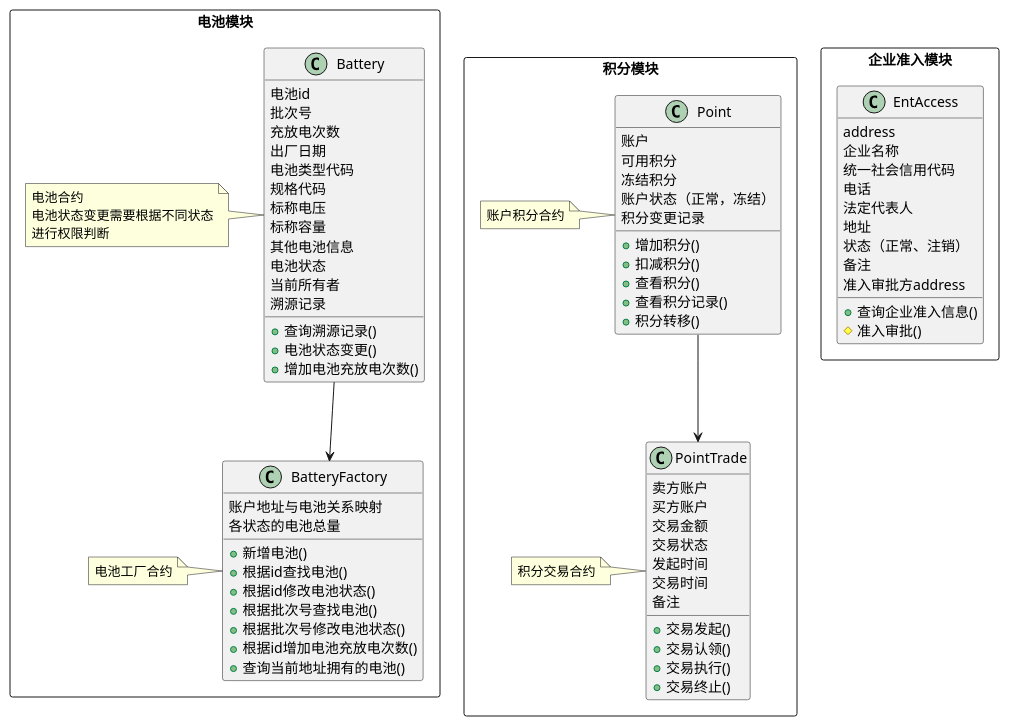
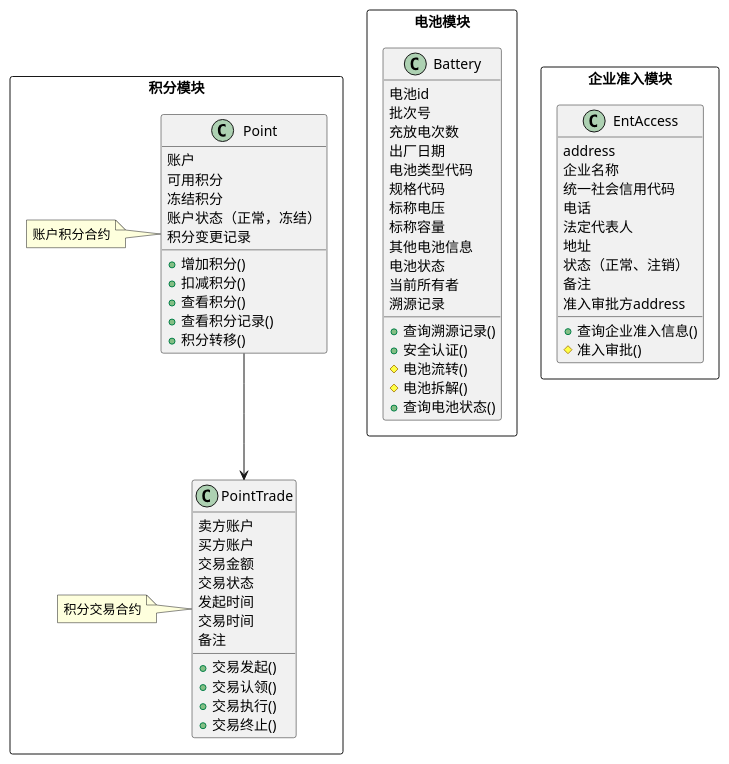
Before and after one commit to cmgun/B-Recycle: the diagram in docs/合约结构.puml, drawn with PlantUML. The commit also changed 36 other files, not shown here.

Commit message:
battery module: add/safe check/transfer/trace info; WeEvent integration; battery sequence diagram;

```diff
--- a/docs/合约结构.puml
+++ b/docs/合约结构.puml
@@ -1,131 +1,107 @@
 @startuml
 'https://plantuml.com/class-diagram
 
 '电池溯源模块
 package 电池模块 <<Rectangle>> {
 class Battery {
 电池id
 批次号
 充放电次数
 出厂日期
 电池类型代码
 规格代码
 标称电压
 标称容量
 其他电池信息
 电池状态
 当前所有者
 溯源记录
 + 查询溯源记录()
-+ 电池状态变更()
-+ 增加电池充放电次数()
++ 安全认证()
+# 电池流转()
+# 电池拆解()
++ 查询电池状态()
 }
-note left of Battery
-电池合约
-电池状态变更需要根据不同状态
-进行权限判断
-end note
-
-class BatteryFactory {
-'电池列表
-账户地址与电池关系映射
-各状态的电池总量
-
-+ 新增电池()
-+ 根据id查找电池()
-+ 根据id修改电池状态()
-+ 根据批次号查找电池()
-+ 根据批次号修改电池状态()
-+ 根据id增加电池充放电次数()
-+ 查询当前地址拥有的电池()
-}
-note left of BatteryFactory
-电池工厂合约
-end note
-
-
-Battery --> BatteryFactory
-
 }
 
 
 '机构准入模块
 package 企业准入模块 <<Rectangle>> {
 class EntAccess {
 address
 企业名称
 统一社会信用代码
 电话
 法定代表人
 地址
 状态（正常、注销）
 备注
 准入审批方address
 
 + 查询企业准入信息()
 # 准入审批()
 }
 
 'class EntAccess {
 '已准入的企业列表
 '机构类型与企业id映射
 '企业id与机构类型映射
 '企业id-准入状态映射
 '
 '+ 企业准入()
 '+ 企业信息变更()
 '+ 根据企业id查找对应机构类型()
 '+ 根据机构类型查找对应企业()
 '}
 'note left of EntAccess
 '企业准入合约
 '企业信息变更需要特定权限
 'end note
 '
 'Enterprise --> EntAccess
 
 }
 
 '积分模块
 package 积分模块 <<Rectangle>> {
 class Point {
 账户
 可用积分
 冻结积分
 账户状态（正常，冻结）
 积分变更记录
 
 + 增加积分()
 + 扣减积分()
 + 查看积分()
 + 查看积分记录()
 + 积分转移()
 }
 note left of Point
 账户积分合约
 end note
 
 class PointTrade {
 卖方账户
 买方账户
 交易金额
 交易状态
 发起时间
 交易时间
 备注
 
 + 交易发起()
 + 交易认领()
 + 交易执行()
 + 交易终止()
 }
 note left of PointTrade
 积分交易合约
 end note
 
 Point --> PointTrade
 }
 
 
 
 @enduml
```
